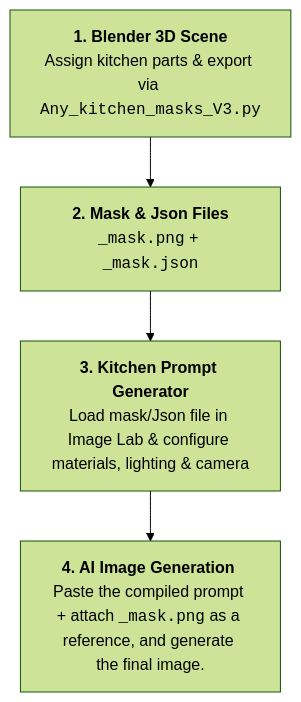
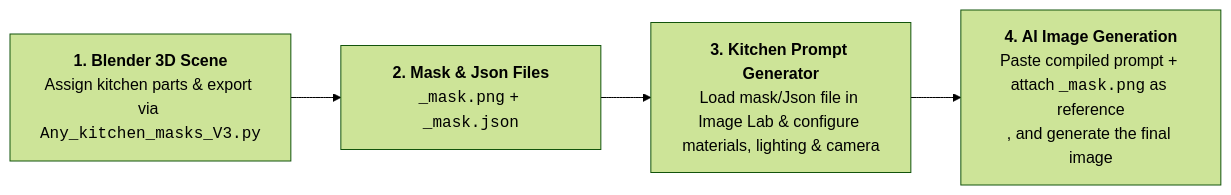
The diagram in README.md (mrmizomsn/Any-Kitchen-Prompt-Generator), drawn with Mermaid (forest theme) before and after one commit. The commit also changed other lines of this file, not shown here.

Commit message:
Readme update

````diff
--- a/README.md
+++ b/README.md
@@ -78,7 +76,7 @@
 ```mermaid
-flowchart TD
+flowchart LR
     A["<b>1. Blender 3D Scene</b><br/>Assign kitchen parts & export via <code>Any_kitchen_masks_V3.py</code>"]
     --> B["<b>2. Mask & Json Files</b><br/><code><scene>_mask.png</code> + <code><scene>_mask.json</code>"]
     B --> C["<b>3. Kitchen Prompt Generator</b><br/>Load mask/Json file in Image Lab & configure materials, lighting & camera"]
-    C --> D["<b>4. AI Image Generation </b><br/>Paste the compiled prompt + attach <code>_mask.png</code> as a reference, and generate the final image.<br/"]
+    C --> D["<b>4. AI Image Generation</b><br/>Paste compiled prompt + attach <code>_mask.png</code> as reference<br/>, and generate the final image"]
 ```
````
